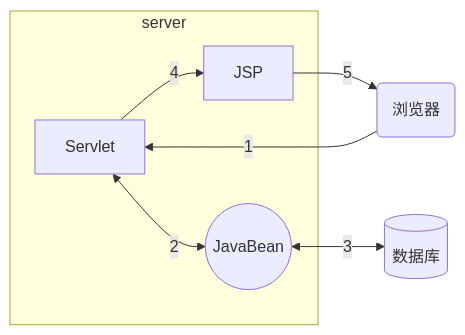
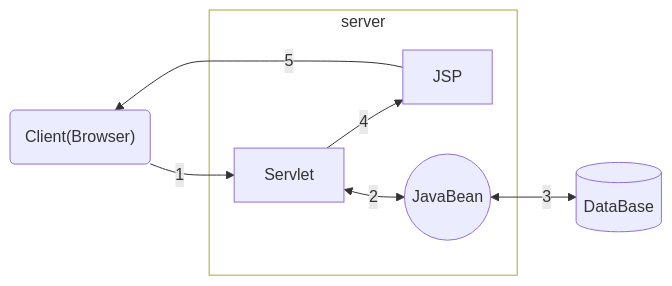
The fifth of 7 diagrams in Basics/Web开发基础.md (domeniczz/learnJavaDev), drawn with Mermaid before and after one commit. The commit also changed other lines of this file and 6 other files, not shown here.

````diff
--- a/Basics/Web开发基础.md
+++ b/Basics/Web开发基础.md
@@ -3237,13 +3614,15 @@
 ```mermaid
 flowchart LR
+  A("Client(Browser)") --1--> B["Servlet"]
   subgraph server
     B
     E
     C
   end
-  A("浏览器") --1--> B["Servlet"]
   B --4--> E["JSP"]
-  E --5--> A("浏览器")
+  E --5--> A
   B <--2--> C(("JavaBean"))
-  C <--3--> D[("数据库")]
+  C <--3--> D[("DataBase")]
+  classDef subgraphstyle fill:transparent
+  class server subgraphstyle
 ```
````
